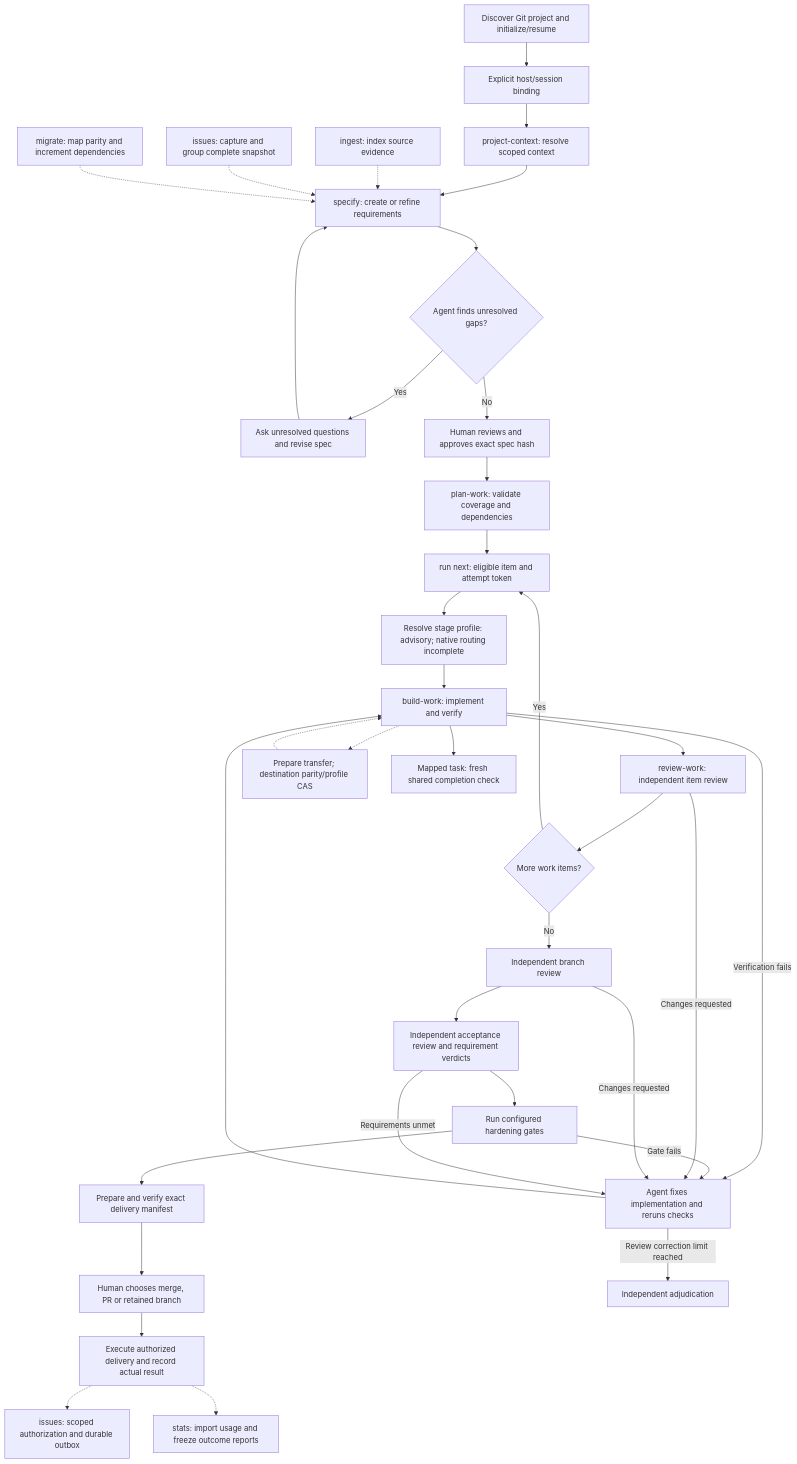
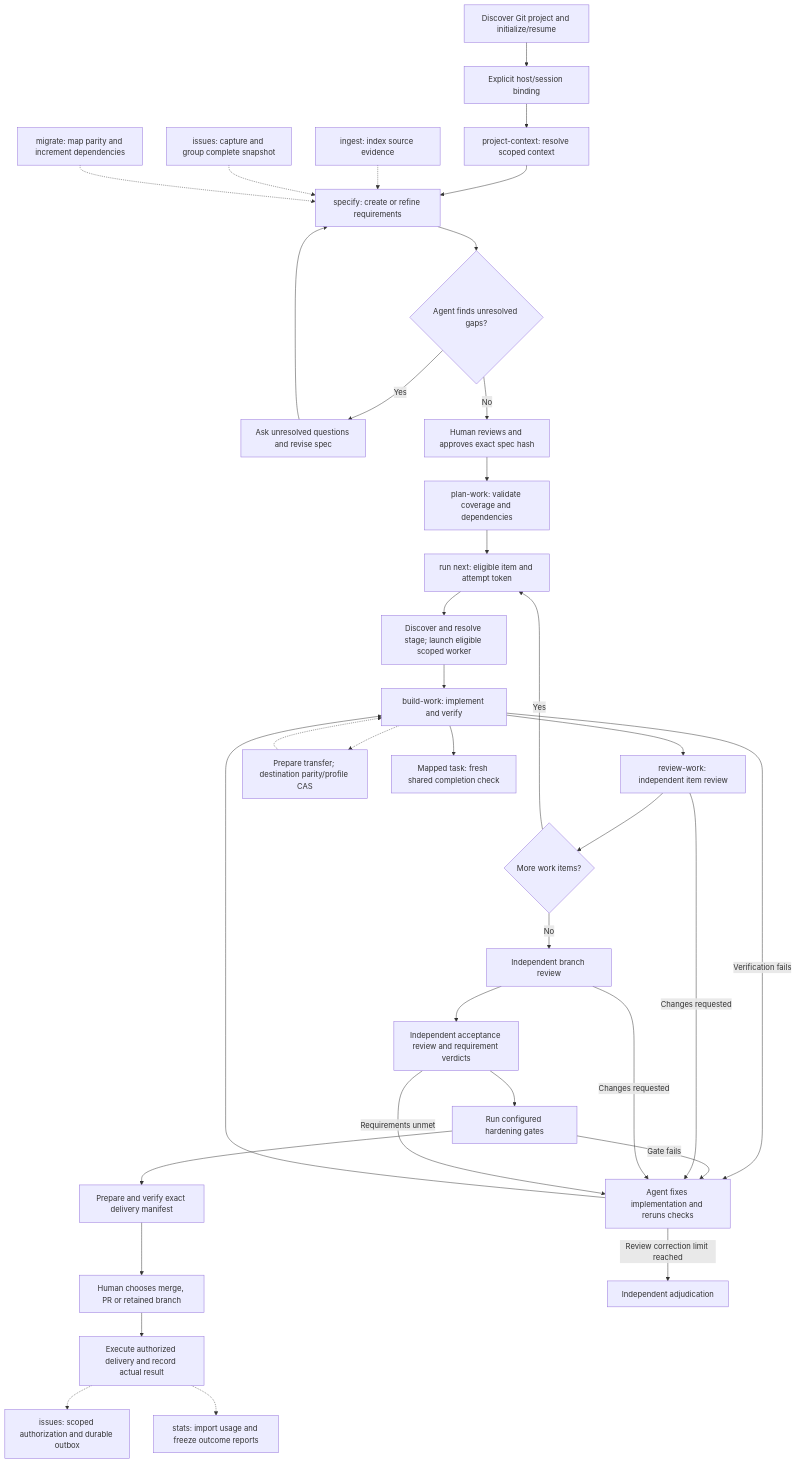
Before and after one commit to wgentil/devflow: the diagram in skills/workflow/SKILL.md, drawn with Mermaid. The commit also changed other lines of this file and 48 other files, not shown here.

````diff
--- a/skills/workflow/SKILL.md
+++ b/skills/workflow/SKILL.md
@@ -15,37 +15,37 @@
 ```mermaid
 flowchart TD
     Init["Discover Git project and initialize/resume"] --> Attach["Explicit host/session binding"]
     Attach --> Context["project-context: resolve scoped context"] --> Spec["specify: create or refine requirements"]
     Sources["ingest: index source evidence"] -.-> Spec
     Issues["issues: capture and group complete snapshot"] -.-> Spec
     Migration["migrate: map parity and increment dependencies"] -.-> Spec
     Spec --> Gaps{"Agent finds unresolved gaps?"}
     Gaps -->|Yes| Interview["Ask unresolved questions and revise spec"]
     Interview --> Spec
     Gaps -->|No| Approval["Human reviews and approves exact spec hash"]
     Approval --> Plan["plan-work: validate coverage and dependencies"]
     Plan --> Next["run next: eligible item and attempt token"]
-    Next --> Model["Resolve stage profile: advisory; native routing incomplete"]
+    Next --> Model["Discover and resolve stage; launch eligible scoped worker"]
     Model --> Build["build-work: implement and verify"]
     Build --> Item["review-work: independent item review"]
     Item --> More{"More work items?"}
     More -->|Yes| Next
     More -->|No| Branch["Independent branch review"]
     Branch --> Accept["Independent acceptance review and requirement verdicts"]
     Accept --> Harden["Run configured hardening gates"]
     Harden --> Manifest["Prepare and verify exact delivery manifest"]
     Manifest --> Choice["Human chooses merge, PR or retained branch"]
     Choice --> Delivered["Execute authorized delivery and record actual result"]
     Delivered -.-> Reconcile["issues: scoped authorization and durable outbox"]
     Delivered -.-> Stats["stats: import usage and freeze outcome reports"]
     Build -->|Verification fails| Fix["Agent fixes implementation and reruns checks"]
     Harden -->|Gate fails| Fix
     Item -->|Changes requested| Fix
     Branch -->|Changes requested| Fix
     Accept -->|Requirements unmet| Fix
     Fix --> Build
     Build -.-> Handoff["Prepare transfer; destination parity/profile CAS"]
     Handoff -.-> Build
     Build --> Complete["Mapped task: fresh shared completion check"]
     Fix -->|Review correction limit reached| Adjudicate["Independent adjudication"]
 ```
````
